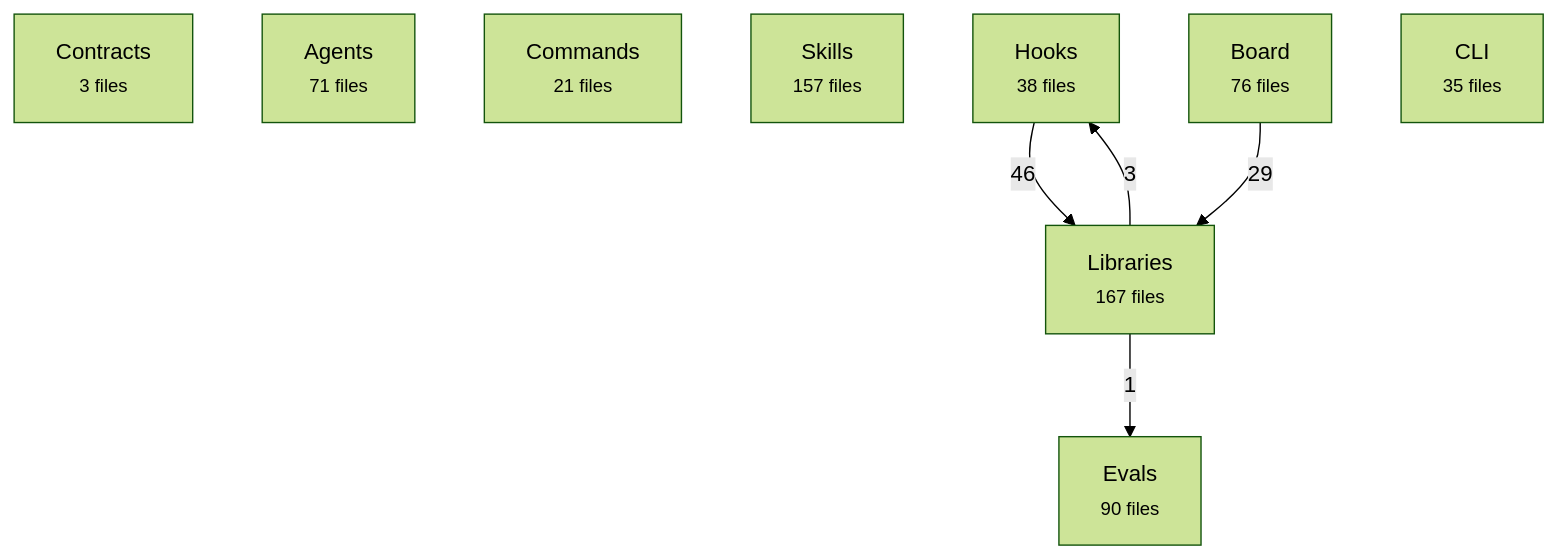
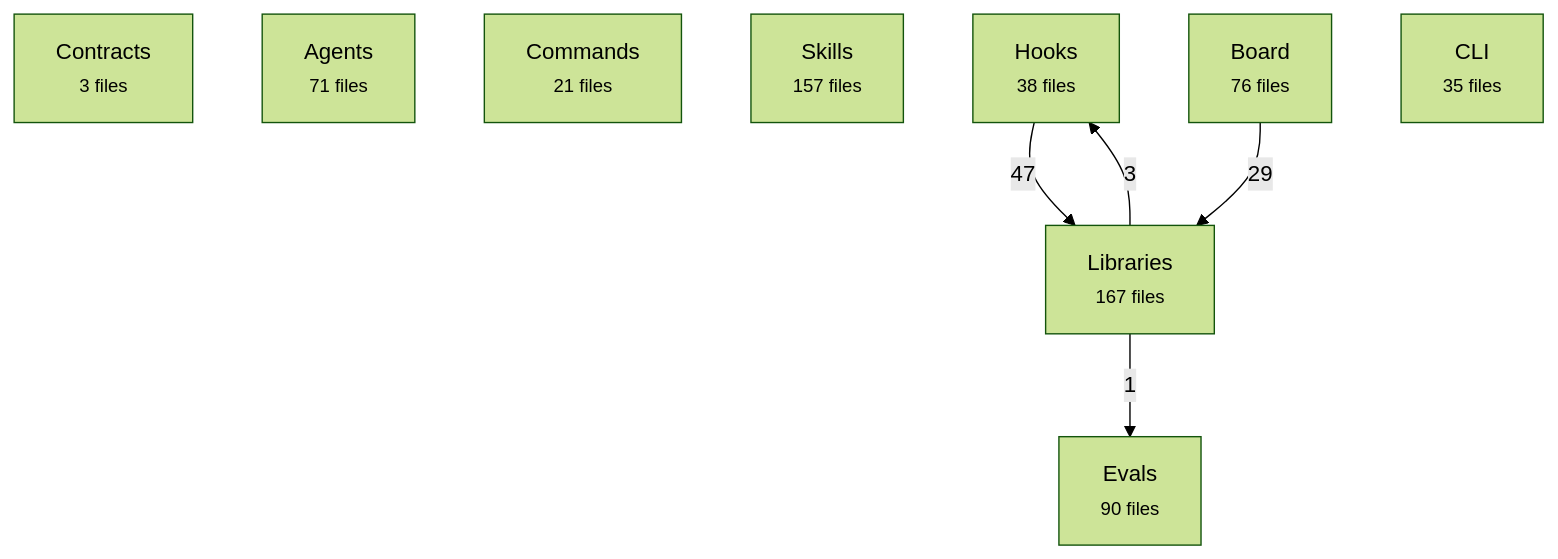
The first of 2 diagrams in docs/reference/architecture-map.md (avelikiy/great_cto), drawn with Mermaid (forest theme) before and after one commit.

Commit message:
docs(reference): regenerate architecture map for edit-impact and codex-adapter

````diff
--- a/docs/reference/architecture-map.md
+++ b/docs/reference/architecture-map.md
@@ -20,16 +20,16 @@
 ```mermaid
 flowchart TD
   contracts["Contracts<br/><small>3 files</small>"]
   agents["Agents<br/><small>71 files</small>"]
   commands["Commands<br/><small>21 files</small>"]
   skills["Skills<br/><small>157 files</small>"]
   hooks["Hooks<br/><small>38 files</small>"]
   libs["Libraries<br/><small>167 files</small>"]
   board["Board<br/><small>76 files</small>"]
   cli["CLI<br/><small>35 files</small>"]
   evals["Evals<br/><small>90 files</small>"]
-  hooks -->|46| libs
+  hooks -->|47| libs
   board -->|29| libs
   libs -->|3| hooks
   libs -->|1| evals
 ```
````
